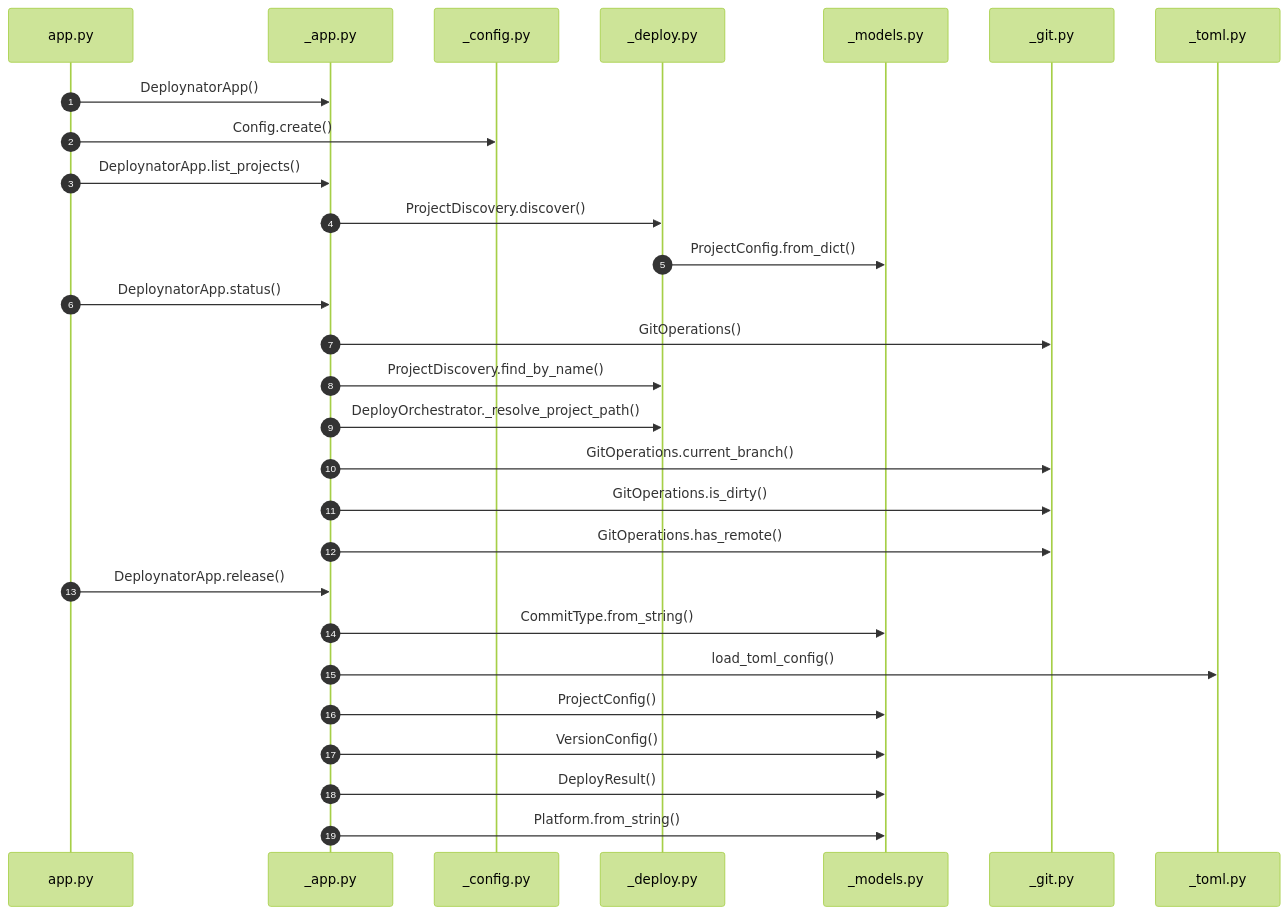
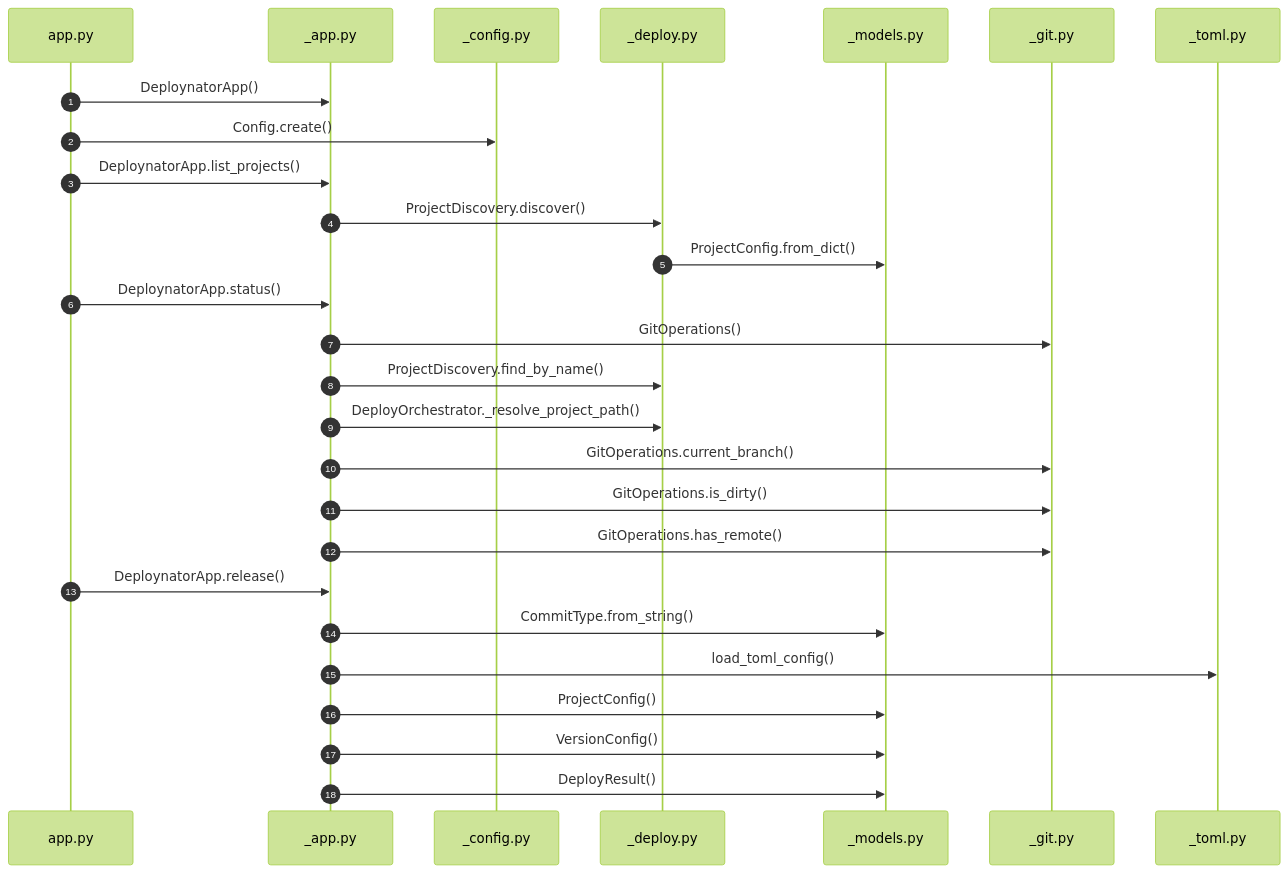
Before and after one commit to grisuno/deploynator: the fourth of 9 diagrams in readmenator-apidocs/architecture.md, drawn with Mermaid (forest theme). The commit also changed other lines of this file and 82 other files, not shown here.

````diff
--- a/readmenator-apidocs/architecture.md
+++ b/readmenator-apidocs/architecture.md
@@ -157,30 +157,29 @@
 ```mermaid
 sequenceDiagram
     autonumber
     participant p_app_py as app.py
     participant p_deploynator__app_py as _app.py
     participant p_deploynator__config_py as _config.py
     participant p_deploynator__deploy_py as _deploy.py
     participant p_deploynator__models_py as _models.py
     participant p_deploynator__git_py as _git.py
     participant p_deploynator__toml_py as _toml.py
     p_app_py->>p_deploynator__app_py: DeploynatorApp()
     p_app_py->>p_deploynator__config_py: Config.create()
     p_app_py->>p_deploynator__app_py: DeploynatorApp.list_projects()
     p_deploynator__app_py->>p_deploynator__deploy_py: ProjectDiscovery.discover()
     p_deploynator__deploy_py->>p_deploynator__models_py: ProjectConfig.from_dict()
     p_app_py->>p_deploynator__app_py: DeploynatorApp.status()
     p_deploynator__app_py->>p_deploynator__git_py: GitOperations()
     p_deploynator__app_py->>p_deploynator__deploy_py: ProjectDiscovery.find_by_name()
     p_deploynator__app_py->>p_deploynator__deploy_py: DeployOrchestrator._resolve_project_path()
     p_deploynator__app_py->>p_deploynator__git_py: GitOperations.current_branch()
     p_deploynator__app_py->>p_deploynator__git_py: GitOperations.is_dirty()
     p_deploynator__app_py->>p_deploynator__git_py: GitOperations.has_remote()
     p_app_py->>p_deploynator__app_py: DeploynatorApp.release()
     p_deploynator__app_py->>p_deploynator__models_py: CommitType.from_string()
     p_deploynator__app_py->>p_deploynator__toml_py: load_toml_config()
     p_deploynator__app_py->>p_deploynator__models_py: ProjectConfig()
     p_deploynator__app_py->>p_deploynator__models_py: VersionConfig()
     p_deploynator__app_py->>p_deploynator__models_py: DeployResult()
-    p_deploynator__app_py->>p_deploynator__models_py: Platform.from_string()
 ```
````
